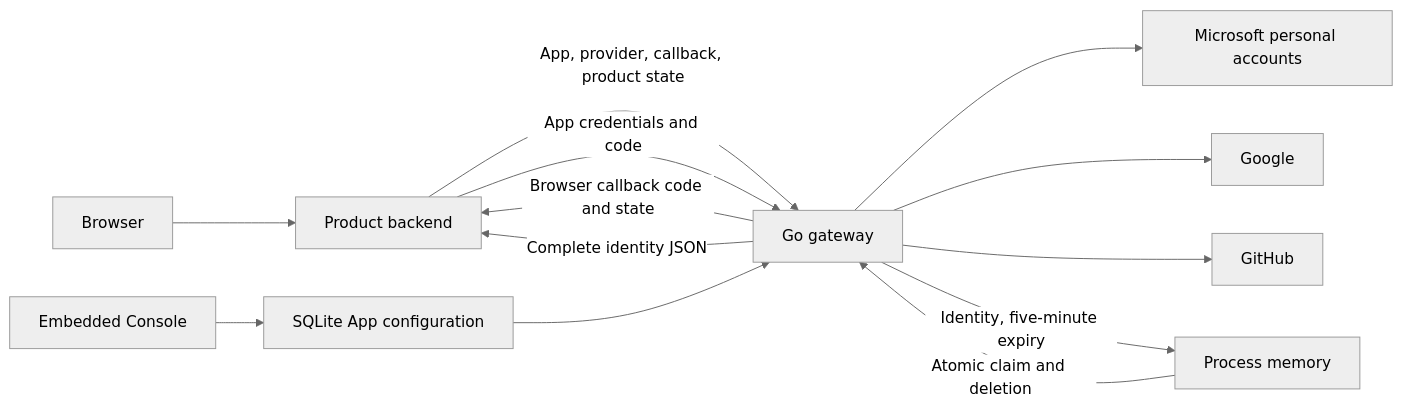
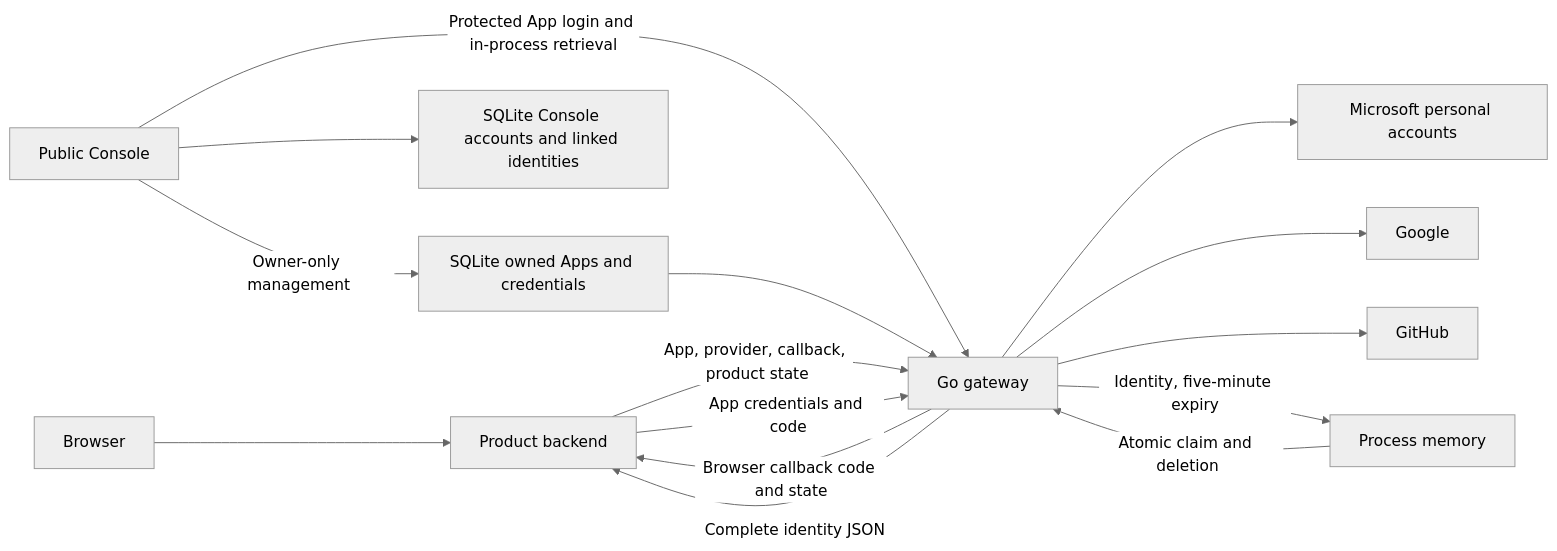
Before and after one commit to codetreker/uniauth: the diagram in docs/blueprint/README.md, drawn with Mermaid (neutral theme). The commit also changed other lines of this file and 64 other files, not shown here.

````diff
--- a/docs/blueprint/README.md
+++ b/docs/blueprint/README.md
@@ -40,15 +49,17 @@
 ```mermaid
 flowchart LR
     Browser[Browser] --> Product[Product backend]
     Product -->|App, provider, callback, product state| Gateway[Go gateway]
     Gateway --> Microsoft[Microsoft personal accounts]
     Gateway --> Google[Google]
     Gateway --> GitHub[GitHub]
     Gateway -->|Identity, five-minute expiry| Cache[Process memory]
     Gateway -->|Browser callback code and state| Product
     Product -->|App credentials and code| Gateway
     Cache -->|Atomic claim and deletion| Gateway
     Gateway -->|Complete identity JSON| Product
-    Console[Embedded Console] --> Apps[SQLite App configuration]
+    Console[Public Console] -->|Protected App login and in-process retrieval| Gateway
+    Console --> Platform[SQLite Console accounts and linked identities]
+    Console -->|Owner-only management| Apps[SQLite owned Apps and credentials]
     Apps --> Gateway
 ```
````
